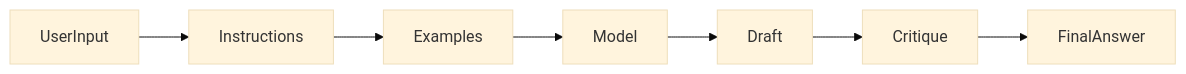
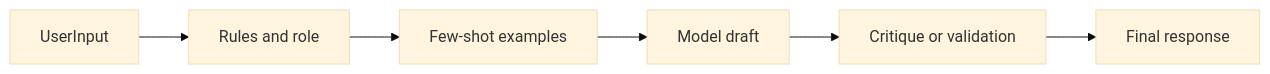
The first of 11 diagrams in day_05/day_05_advanced_prompt_engineering.md (Asabeneh/30-Days-Of-AI-Engineering), drawn with Mermaid (base theme) before and after one commit. The commit also changed other lines of this file and 49 other files, not shown here.

````diff
--- a/day_05/day_05_advanced_prompt_engineering.md
+++ b/day_05/day_05_advanced_prompt_engineering.md
@@ -45,9 +70,8 @@
 ```mermaid
-graph LR
-    UserInput --> Instructions
-    Instructions --> Examples
-    Examples --> Model
-    Model --> Draft
-    Draft --> Critique
-    Critique --> FinalAnswer
+flowchart LR
+    UserInput --> Rules[Rules and role]
+    Rules --> Examples[Few-shot examples]
+    Examples --> Model[Model draft]
+    Model --> Critique[Critique or validation]
+    Critique --> Final[Final response]
 ```
````
